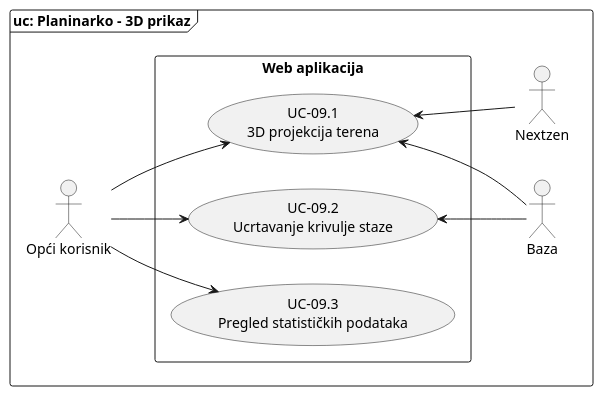
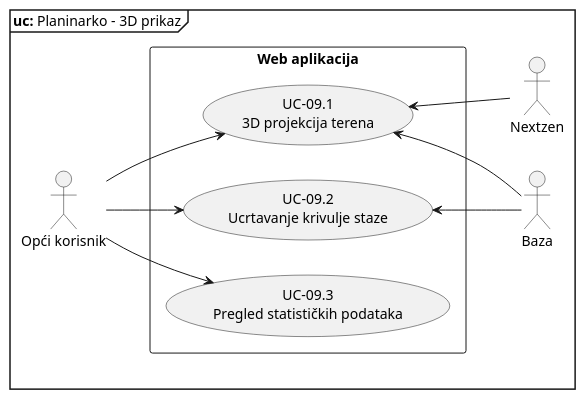
Before and after one commit to Vito510/progi-projekt: the diagram in docs/diagrams/do4.wsd, drawn with PlantUML. The commit also changed 11 other files, not shown here.

Commit message:
frame zamijenjen s mainframe

```diff
--- a/docs/diagrams/do4.wsd
+++ b/docs/diagrams/do4.wsd
@@ -1,26 +1,25 @@
 @startuml 3dPrikazDijagram
 left to right direction
 
-frame "uc: Planinarko - 3D prikaz" {
-  skinparam packageStyle rectangle
-  actor "Opći korisnik" as A2
-  rectangle "Web aplikacija" {
-    usecase "UC-09.1\n3D projekcija terena" as UC09.1
-    usecase "UC-09.2\nUcrtavanje krivulje staze" as UC09.2
-    usecase "UC-09.3\nPregled statističkih podataka" as UC09.3
-  }
-  together{
-    actor "Nextzen" as AN
-    actor "Baza" as AB
-  }
+mainframe **uc:** Planinarko - 3D prikaz
 
-  A2 --> UC09.1
-  A2 --> UC09.2
-  A2 --> UC09.3
-
-  UC09.1 <-- AN
-  UC09.1 <-- AB
-  UC09.2 <-- AB
+actor "Opći korisnik" as A2
+rectangle "Web aplikacija" {
+  usecase "UC-09.1\n3D projekcija terena" as UC09.1
+  usecase "UC-09.2\nUcrtavanje krivulje staze" as UC09.2
+  usecase "UC-09.3\nPregled statističkih podataka" as UC09.3
+}
+together{
+  actor "Nextzen" as AN
+  actor "Baza" as AB
 }
 
+A2 --> UC09.1
+A2 --> UC09.2
+A2 --> UC09.3
+
+UC09.1 <-- AN
+UC09.1 <-- AB
+UC09.2 <-- AB
+
 @enduml
```
